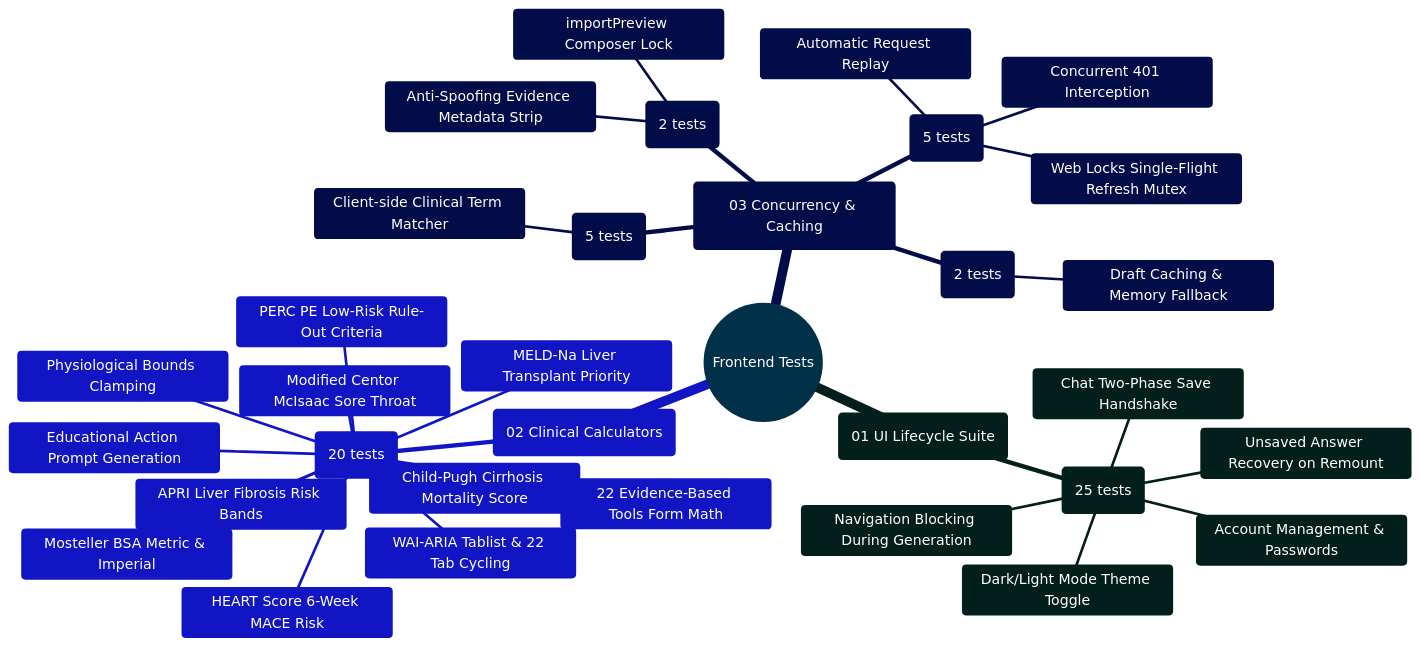
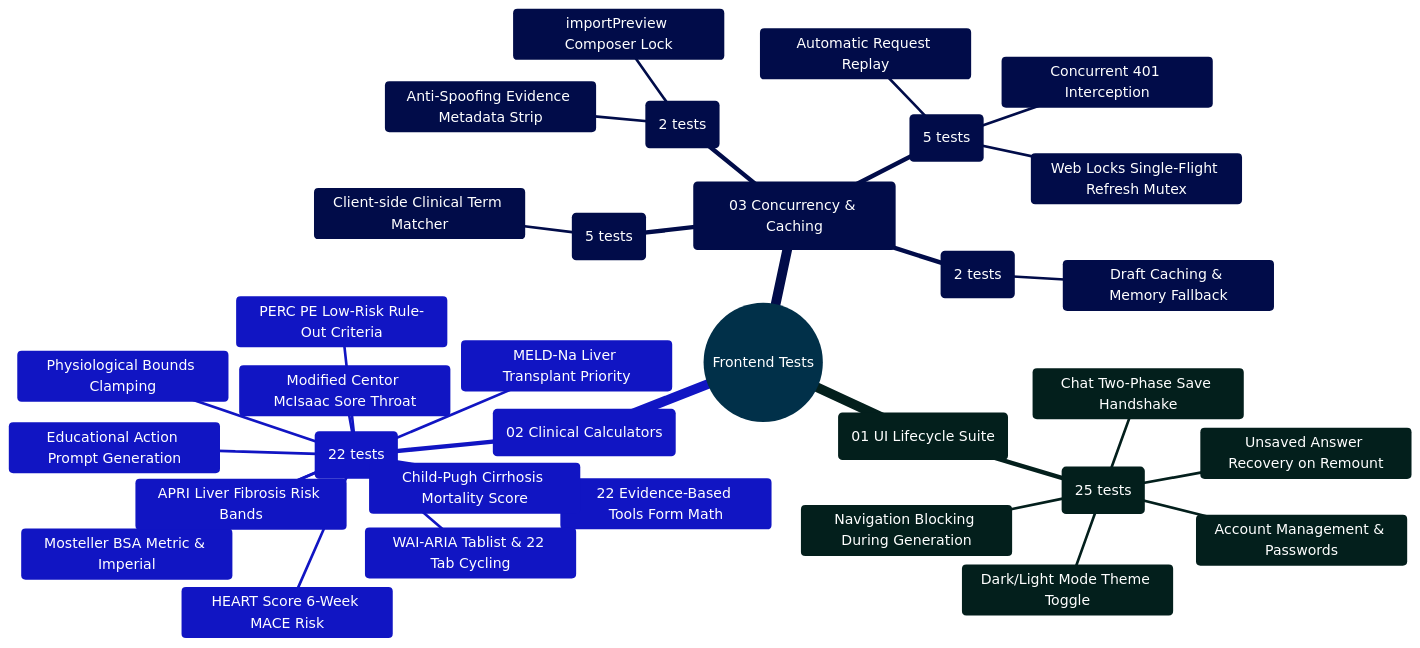
The diagram in frontend/src/test/README.md (Ganesh172919/React-App-LLM), drawn with Mermaid before and after one commit. The commit also changed other lines of this file and 32 other files, not shown here.

Commit message:
docs(clinical): align clinical safety documentation and test metrics

````diff
--- a/frontend/src/test/README.md
+++ b/frontend/src/test/README.md
@@ -53,38 +53,38 @@
 ```mermaid
 %%{init: {'theme': 'base', 'themeVariables': { 'primaryColor': '#0284c7', 'primaryTextColor': '#ffffff', 'primaryBorderColor': '#0369a1', 'lineColor': '#0284c7', 'secondaryColor': '#0d9488', 'tertiaryColor': '#6366f1' }}}%%
 mindmap
   root((Frontend Tests))
     ::icon(fa fa-vial)
     (01 UI Lifecycle Suite)
       ui.test.jsx (25 tests)
         Account Management & Passwords
         Chat Two-Phase Save Handshake
         Navigation Blocking During Generation
         Unsaved Answer Recovery on Remount
         Dark/Light Mode Theme Toggle
     (02 Clinical Calculators)
-      clinicalCalculators.test.jsx (20 tests)
+      clinicalCalculators.test.jsx (22 tests)
         22 Evidence-Based Tools Form Math
         Physiological Bounds Clamping
         Mosteller BSA Metric & Imperial
         APRI Liver Fibrosis Risk Bands
         Child-Pugh Cirrhosis Mortality Score
         MELD-Na Liver Transplant Priority
         Modified Centor McIsaac Sore Throat
         HEART Score 6-Week MACE Risk
         PERC PE Low-Risk Rule-Out Criteria
         WAI-ARIA Tablist & 22 Tab Cycling
         Educational Action Prompt Generation
     (03 Concurrency & Caching)
       api.test.js (5 tests)
         Web Locks Single-Flight Refresh Mutex
         Concurrent 401 Interception
         Automatic Request Replay
       tabStorage.test.js (2 tests)
         Draft Caching & Memory Fallback
       conversationImport.test.js (2 tests)
         Anti-Spoofing Evidence Metadata Strip
         importPreview Composer Lock
       medicalDetector.test.js (5 tests)
         Client-side Clinical Term Matcher
 ```
````
